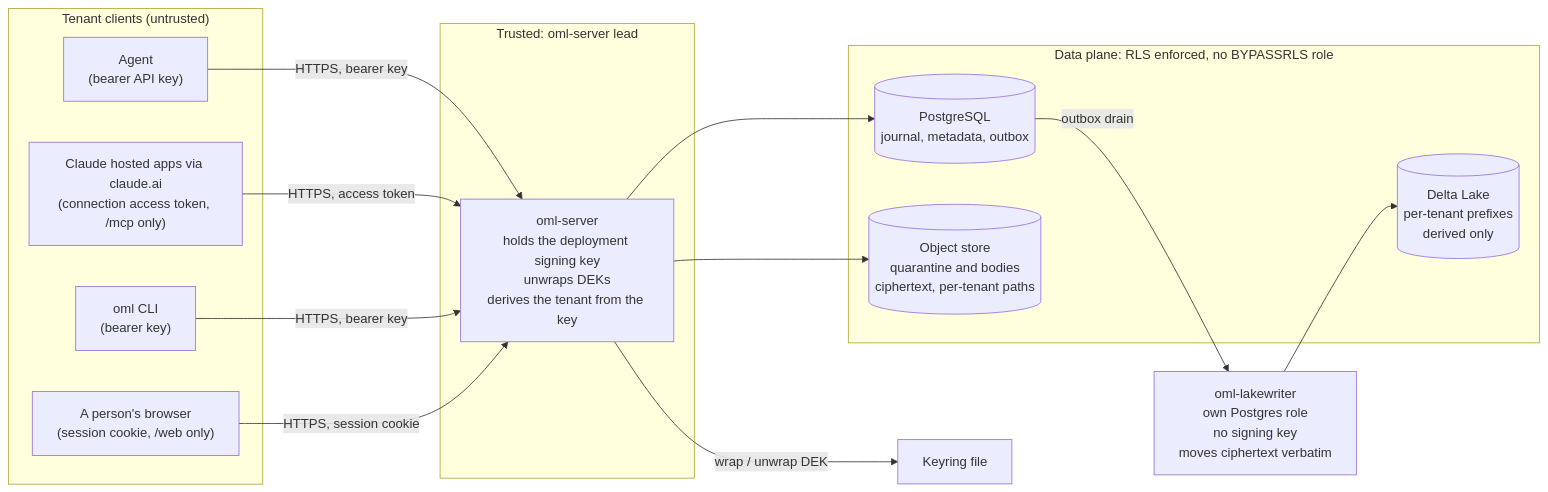
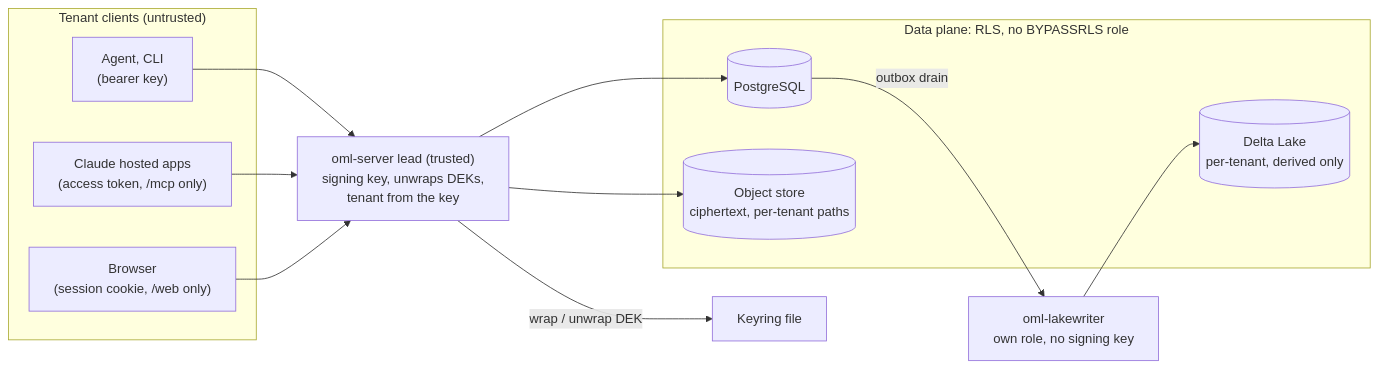
Before and after one commit to e8kor/open-memory-lab: the diagram in docs/architecture/security.md, drawn with Mermaid. The commit also changed other lines of this file and 5 other files, not shown here.

````diff
--- a/docs/architecture/security.md
+++ b/docs/architecture/security.md
@@ -127,32 +91,24 @@
 ```mermaid
 flowchart LR
   subgraph clients["Tenant clients (untrusted)"]
-    A["Agent<br/>(bearer API key)"]
-    H["Claude hosted apps via claude.ai<br/>(connection access token, /mcp only)"]
-    CLI["oml CLI<br/>(bearer key)"]
-    W["A person's browser<br/>(session cookie, /web only)"]
+    A["Agent, CLI<br/>(bearer key)"]
+    H["Claude hosted apps<br/>(access token, /mcp only)"]
+    W["Browser<br/>(session cookie, /web only)"]
   end
-
-  subgraph tcb["Trusted: oml-server lead"]
-    S["oml-server<br/>holds the deployment signing key<br/>unwraps DEKs<br/>derives the tenant from the key"]
+  S["oml-server lead (trusted)<br/>signing key, unwraps DEKs,<br/>tenant from the key"]
+  subgraph data["Data plane: RLS, no BYPASSRLS role"]
+    PG[("PostgreSQL")]
+    OS[("Object store<br/>ciphertext, per-tenant paths")]
+    DL[("Delta Lake<br/>per-tenant, derived only")]
   end
-
-  subgraph data["Data plane: RLS enforced, no BYPASSRLS role"]
-    PG[("PostgreSQL<br/>journal, metadata, outbox")]
-    OS[("Object store<br/>quarantine and bodies<br/>ciphertext, per-tenant paths")]
-    DL[("Delta Lake<br/>per-tenant prefixes<br/>derived only")]
-  end
-
-  LW["oml-lakewriter<br/>own Postgres role<br/>no signing key<br/>moves ciphertext verbatim"]
+  LW["oml-lakewriter<br/>own role, no signing key"]
   KMS["Keyring file"]
-
-  A -- "HTTPS, bearer key" --> S
-  H -- "HTTPS, access token" --> S
-  CLI -- "HTTPS, bearer key" --> S
-  W -- "HTTPS, session cookie" --> S
+  A --> S
+  H --> S
+  W --> S
   S --> PG
   S --> OS
   S -- "wrap / unwrap DEK" --> KMS
   PG -- "outbox drain" --> LW
   LW --> DL
 ```
````
